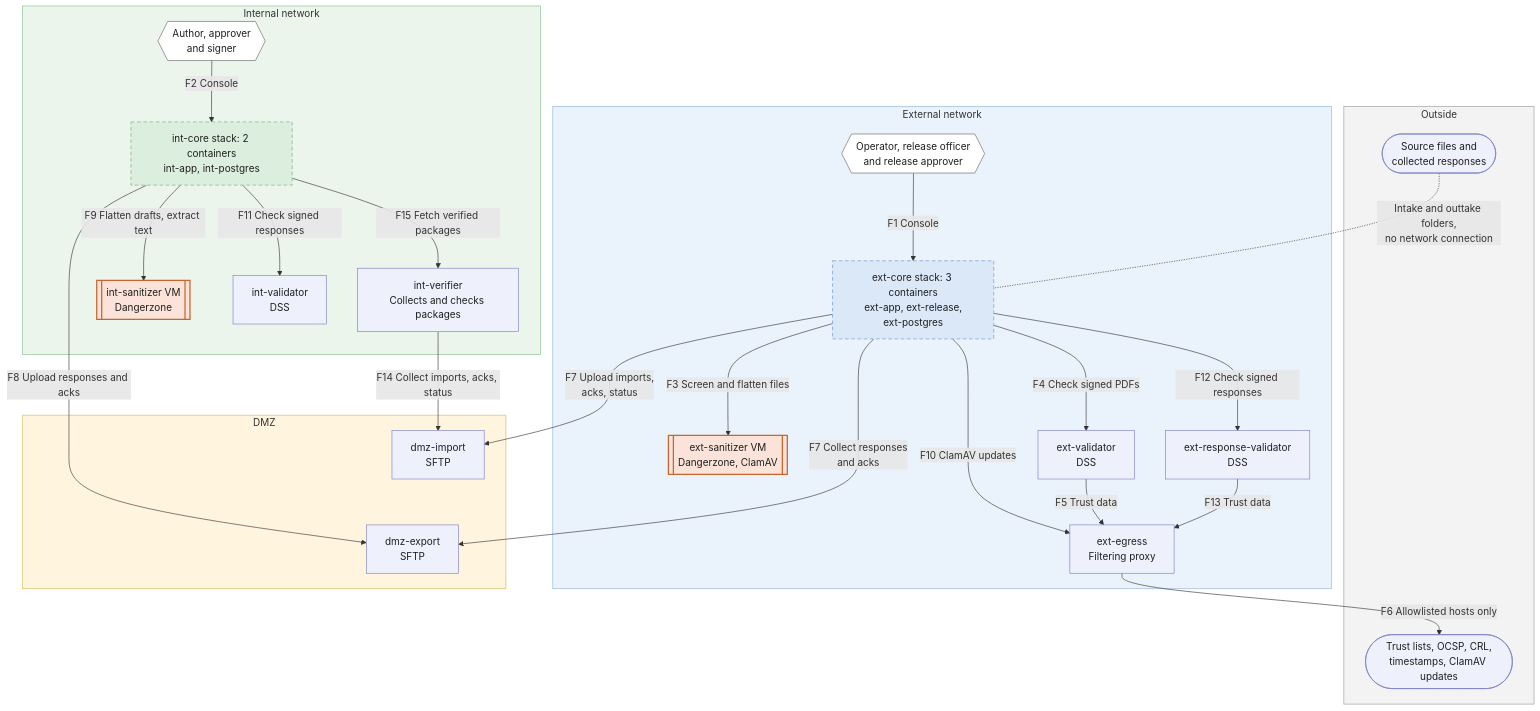
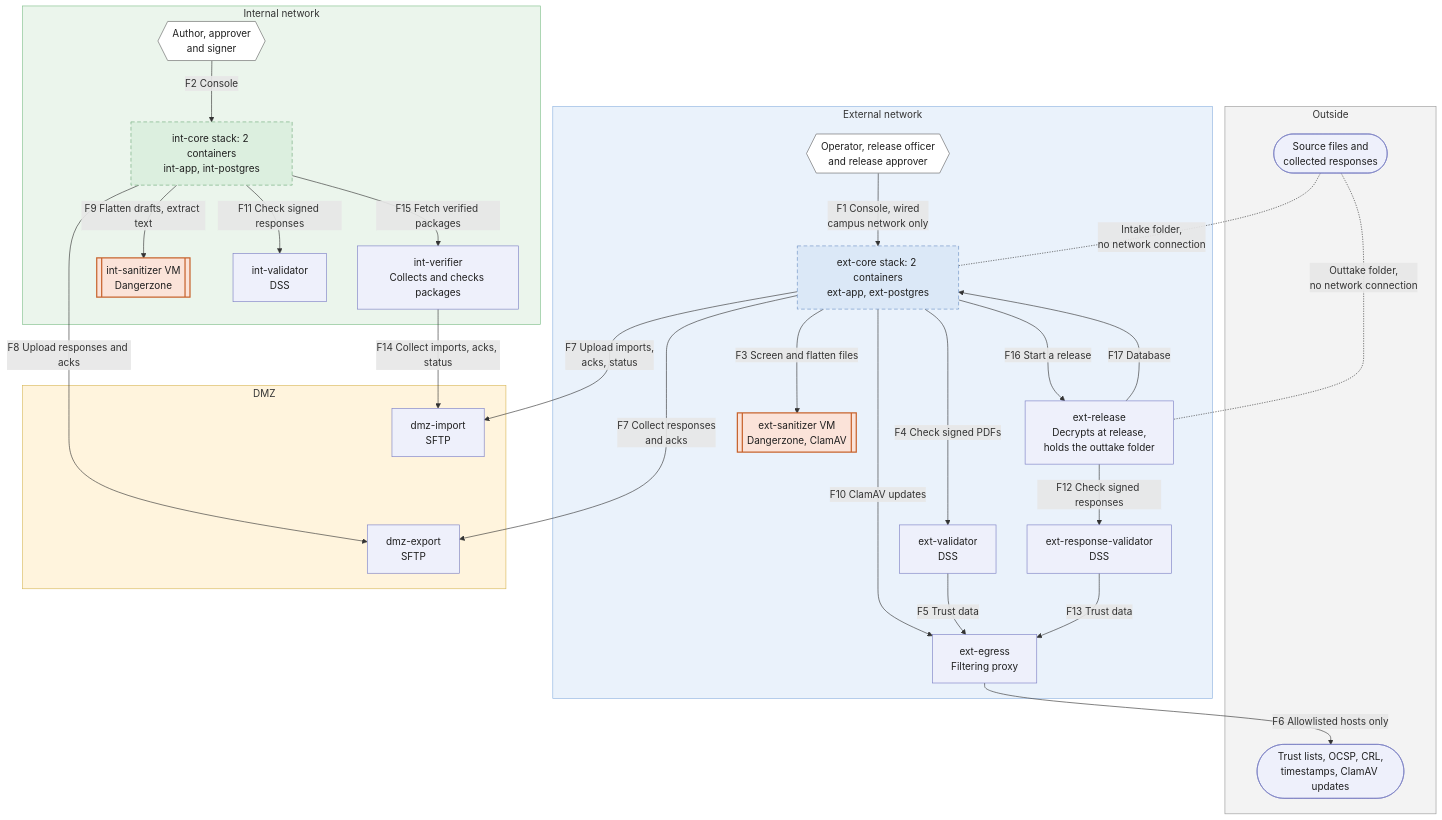
Before and after one commit to tgivslife/dxg-document-gateway: the eighth of 8 diagrams in document-exchange-mvp-technical-documentation.md, drawn with Mermaid. The commit also changed other lines of this file and 3 other files, not shown here.

First line of the commit message:
Move ext-release to its own host and limit the console to the campus network

````diff
--- a/document-exchange-mvp-technical-documentation.md
+++ b/document-exchange-mvp-technical-documentation.md
@@ -605,73 +607,77 @@
 ```mermaid
 flowchart TB
     accDescr: Complete POC architecture showing every container, VM and allowed connection
     %% Each arrow points from the side that opens the connection.
     %% Edge labels start with the flow ID from the matrix in section 5.1.
     %% Solid box: container. Dashed box: stack. Double side borders: VM.
     %% Rounded box: outside service. Hexagon: people using a console.
 
     subgraph OUT["Outside"]
         FILES(["Source files and<br/>collected responses"])
         TRUST(["Trust lists, OCSP, CRL,<br/>timestamps, ClamAV updates"])
     end
 
     subgraph EXT["External network"]
         EXTUSERS{{"Operator, release officer<br/>and release approver"}}
-        EXTCORE["ext-core stack: 3 containers<br/>ext-app, ext-release,<br/>ext-postgres"]
+        EXTCORE["ext-core stack: 2 containers<br/>ext-app, ext-postgres"]
+        EXTREL["ext-release<br/>Decrypts at release,<br/>holds the outtake folder"]
         EXTSAN[["ext-sanitizer VM<br/>Dangerzone, ClamAV"]]
         EXTVAL["ext-validator<br/>DSS"]
         RESPVAL["ext-response-validator<br/>DSS"]
         EGRESS["ext-egress<br/>Filtering proxy"]
     end
 
     subgraph DMZ["DMZ"]
         DMZI["dmz-import<br/>SFTP"]
         DMZE["dmz-export<br/>SFTP"]
     end
 
     subgraph INT["Internal network"]
         INTUSERS{{"Author, approver<br/>and signer"}}
         INTCORE["int-core stack: 2 containers<br/>int-app, int-postgres"]
         INTVER["int-verifier<br/>Collects and checks packages"]
         INTSAN[["int-sanitizer VM<br/>Dangerzone"]]
         INTVAL["int-validator<br/>DSS"]
     end
 
-    FILES -.-|"Intake and outtake folders,<br/>no network connection"| EXTCORE
-    EXTUSERS -->|"F1 Console"| EXTCORE
+    FILES -.-|"Intake folder,<br/>no network connection"| EXTCORE
+    FILES -.-|"Outtake folder,<br/>no network connection"| EXTREL
+    EXTUSERS -->|"F1 Console, wired<br/>campus network only"| EXTCORE
     EXTCORE -->|"F3 Screen and flatten files"| EXTSAN
     EXTCORE -->|"F4 Check signed PDFs"| EXTVAL
-    EXTCORE -->|"F12 Check signed responses"| RESPVAL
+    EXTCORE -->|"F16 Start a release"| EXTREL
+    EXTREL -->|"F17 Database"| EXTCORE
+    EXTREL -->|"F12 Check signed responses"| RESPVAL
     EXTCORE -->|"F10 ClamAV updates"| EGRESS
     EXTVAL -->|"F5 Trust data"| EGRESS
     RESPVAL -->|"F13 Trust data"| EGRESS
     EGRESS -->|"F6 Allowlisted hosts only"| TRUST
     EXTCORE -->|"F7 Upload imports,<br/>acks, status"| DMZI
     EXTCORE -->|"F7 Collect responses<br/>and acks"| DMZE
     INTVER -->|"F14 Collect imports, acks, status"| DMZI
     INTCORE -->|"F15 Fetch verified packages"| INTVER
     INTCORE -->|"F8 Upload responses and acks"| DMZE
     INTUSERS -->|"F2 Console"| INTCORE
     INTCORE -->|"F9 Flatten drafts, extract text"| INTSAN
     INTCORE -->|"F11 Check signed responses"| INTVAL
 
     %% Layout only: stack the DMZ hosts so that no edge runs between them.
     DMZI ~~~ DMZE
 
     classDef container fill:#eef0fb,stroke:#7b7fc4,color:#1f1f1f
     classDef extStack fill:#dbe8f7,stroke:#6b8fc4,stroke-dasharray:6 4,color:#1f1f1f
     classDef intStack fill:#dcefdf,stroke:#6fa97a,stroke-dasharray:6 4,color:#1f1f1f
     classDef vm fill:#fbe3d9,stroke:#c8642e,stroke-width:2px,color:#1f1f1f
     classDef service fill:#eef0fb,stroke:#7b7fc4,color:#1f1f1f
     classDef people fill:#ffffff,stroke:#666666,color:#1f1f1f
-    class EXTVAL,RESPVAL,EGRESS,DMZI,DMZE,INTVAL,INTVER container
+    class EXTVAL,RESPVAL,EGRESS,DMZI,DMZE,INTVAL,INTVER,EXTREL container
     class EXTCORE extStack
     class INTCORE intStack
     class EXTSAN,INTSAN vm
     class FILES,TRUST service
     class EXTUSERS,INTUSERS people
     style OUT fill:#f3f3f3,stroke:#9a9a9a
     style EXT fill:#eaf2fb,stroke:#8fb4e0
     style DMZ fill:#fff4dd,stroke:#d8b85a
     style INT fill:#ebf5ec,stroke:#7fbf8a
 ```
````
